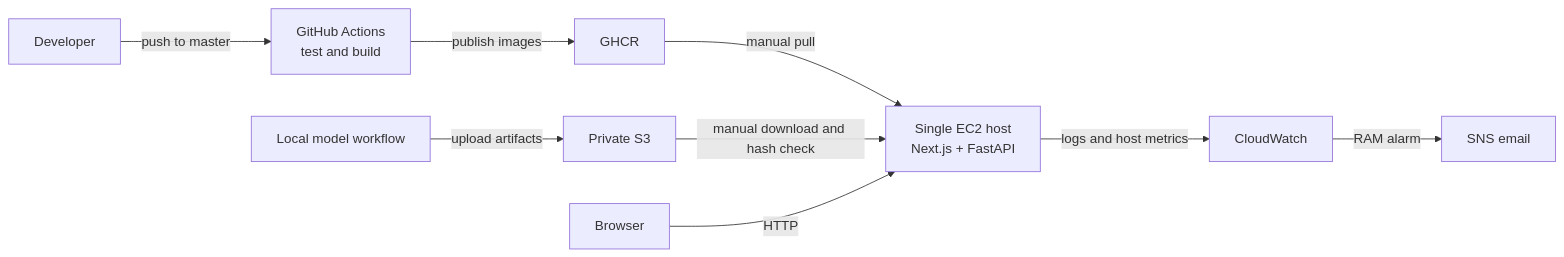
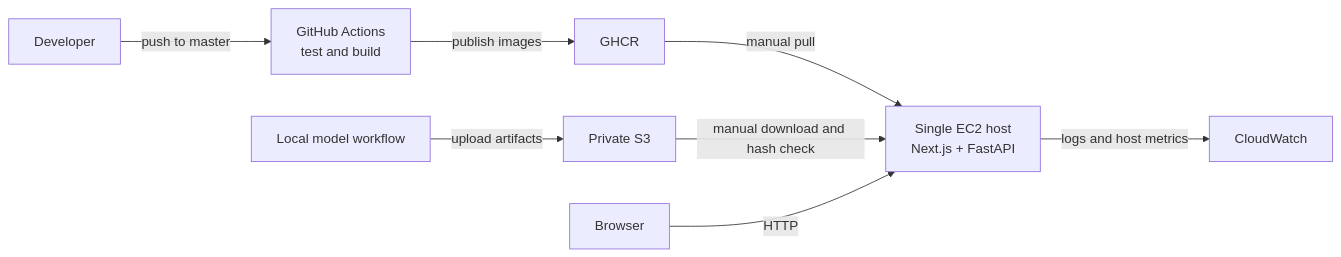
The diagram in content/5-Workshop/_index.md (starkkk1/starkkk1.github.io), drawn with Mermaid before and after one commit. The commit also changed other lines of this file and 21 other files, not shown here.

````diff
--- a/content/5-Workshop/_index.md
+++ b/content/5-Workshop/_index.md
@@ -47,11 +47,10 @@
 ```mermaid
 graph LR
     Dev["Developer"] -->|push to master| CI["GitHub Actions<br/>test and build"]
     CI -->|publish images| GHCR["GHCR"]
     Train["Local model workflow"] -->|upload artifacts| S3["Private S3"]
     GHCR -->|manual pull| EC2["Single EC2 host<br/>Next.js + FastAPI"]
     S3 -->|manual download and hash check| EC2
     User["Browser"] -->|HTTP| EC2
     EC2 -->|logs and host metrics| CW["CloudWatch"]
-    CW -->|RAM alarm| SNS["SNS email"]
 ```
````
